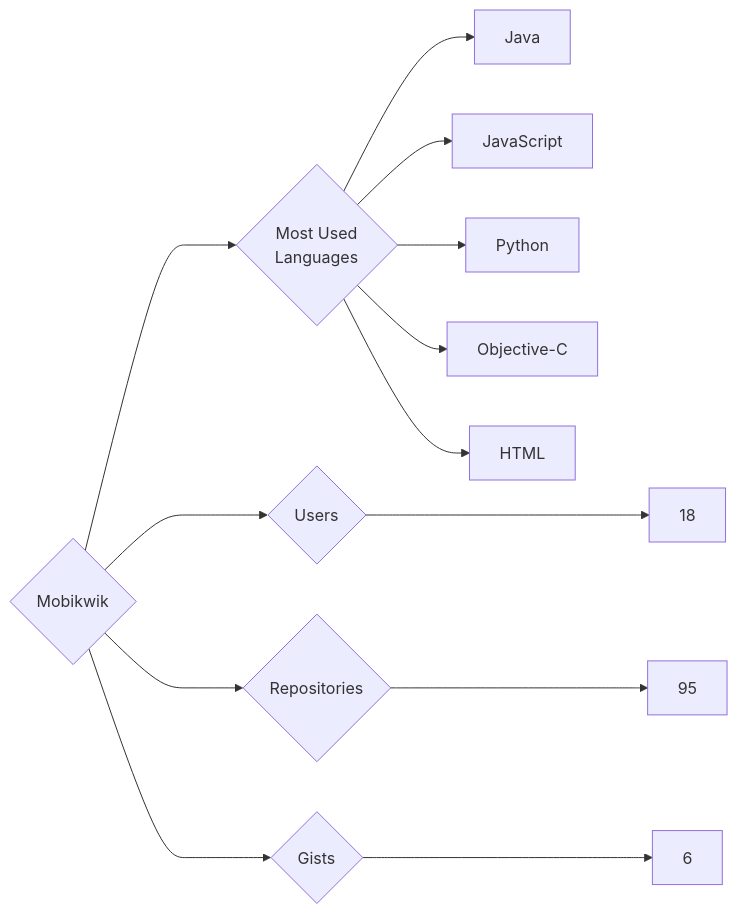
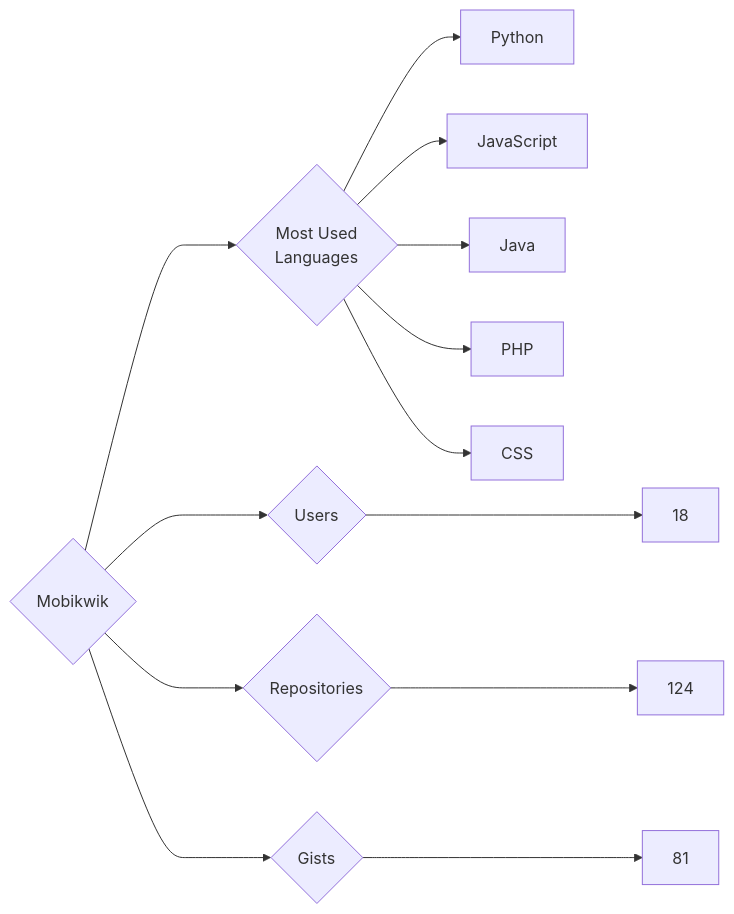
The diagram in targets/Mobikwik/README.md (trickest/insiders), drawn with Mermaid before and after one commit. The commit also changed 1696 other files, not shown here.

````diff
--- a/targets/Mobikwik/README.md
+++ b/targets/Mobikwik/README.md
@@ -3,13 +3,13 @@
 ```mermaid
 graph LR
 COMPANY_NAME{Mobikwik}
 COMPANY_NAME ---> U{Users} ---> UN[18]
-COMPANY_NAME ---> R{Repositories} ---> RN[95]
-COMPANY_NAME ---> G{Gists} ---> GN[6]
+COMPANY_NAME ---> R{Repositories} ---> RN[124]
+COMPANY_NAME ---> G{Gists} ---> GN[81]
 COMPANY_NAME ---> ML{Most Used<br>Languages}
+ML --> Python[Python]
+ML --> JavaScript[JavaScript]
 ML --> Java[Java]
-ML --> JavaScript[JavaScript]
-ML --> Python[Python]
-ML --> Objective-C[Objective-C]
-ML --> HTML[HTML]
+ML --> PHP[PHP]
+ML --> CSS[CSS]
 ```
````
